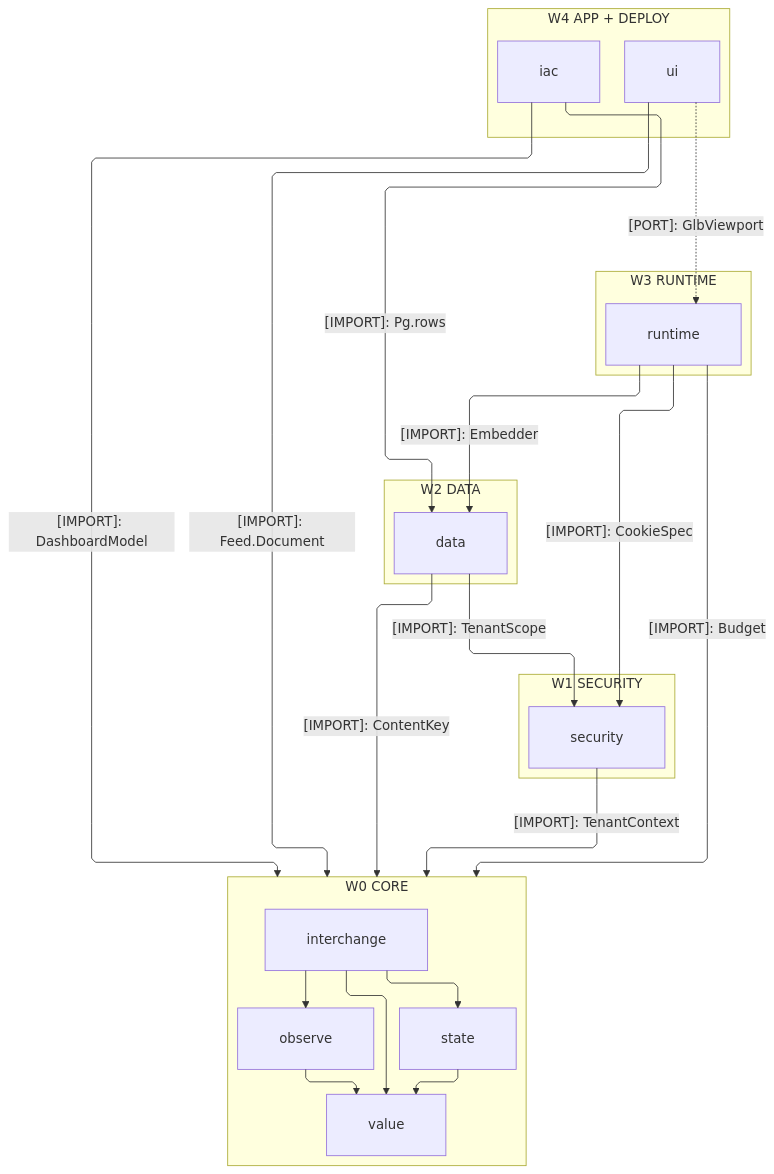
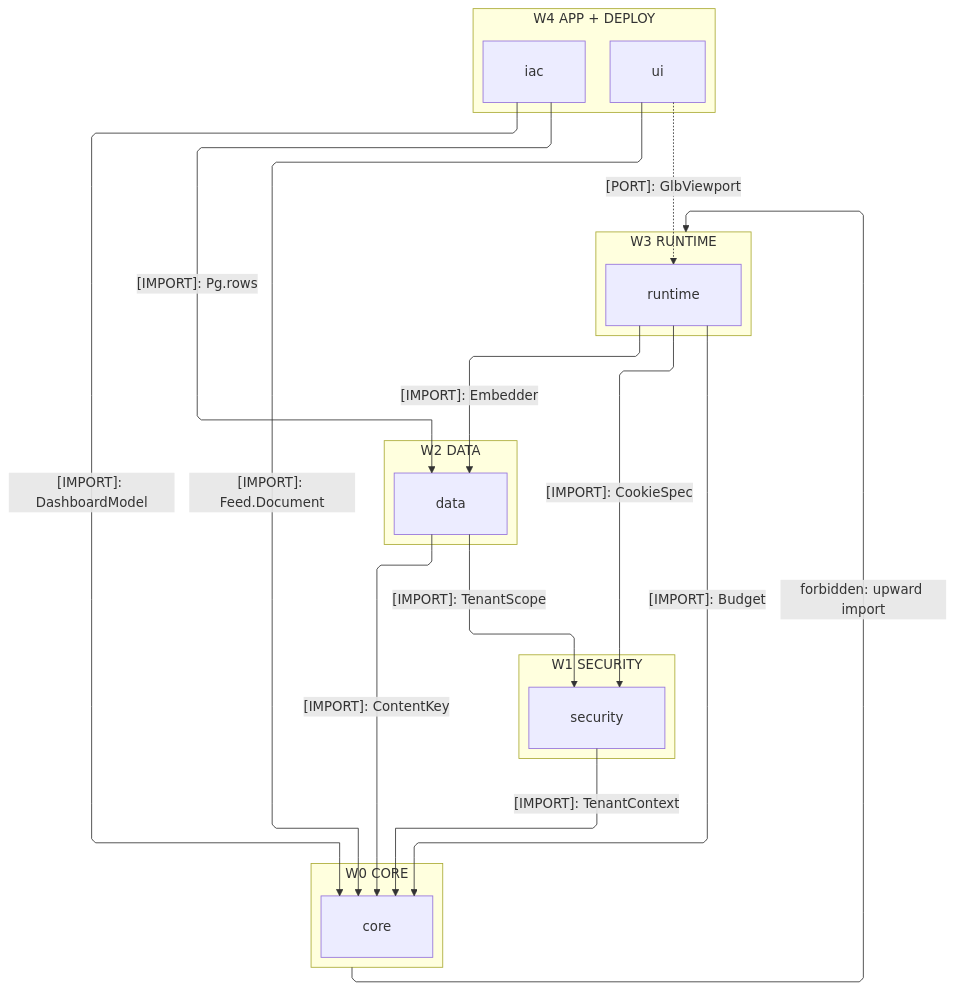
Before and after one commit to bsamiee/Rasm: the first of 4 diagrams in libs/typescript/.planning/ARCHITECTURE.md, drawn with Mermaid. The commit also changed other lines of this file and 124 other files, not shown here.

First line of the commit message:
planning registries: ARCHITECTURE/README/IDEAS/TASKLOG/RULINGS + csproj, campaign-method, CLAUDE.md

````diff
--- a/libs/typescript/.planning/ARCHITECTURE.md
+++ b/libs/typescript/.planning/ARCHITECTURE.md
@@ -27,47 +27,39 @@
 ```mermaid
 ---
 config:
   layout: elk
   flowchart:
     curve: linear
     padding: 25
 ---
 flowchart TB
     accTitle: TypeScript branch import strata
-    accDescr: Five import waves — ui and iac over runtime over data over security onto the core foundation — every wave importing downward only, each labeled import naming one sourced surface, iac composing data and core directly, ui reaching runtime through its dashed GlbViewport port binding rather than an import, and core's interior members state, interchange, and observe composing the value floor with interchange composing all three.
+    accDescr: Five import waves — ui and iac over runtime over data over security onto the core foundation — every wave importing downward only, each labeled import naming one sourced surface, iac composing data and core directly, ui reaching runtime through its dashed GlbViewport port binding rather than an import, and one forbidden upward edge naming the rejected direction.
     subgraph W4["W4 APP + DEPLOY"]
         Ui[ui]
         Iac[iac]
     end
     subgraph W3["W3 RUNTIME"]
         Runtime[runtime]
     end
     subgraph W2["W2 DATA"]
         Data[data]
     end
     subgraph W1["W1 SECURITY"]
         Security[security]
     end
     subgraph W0["W0 CORE"]
-        Value[value]
-        State[state]
-        Interchange[interchange]
-        Observe[observe]
+        Core[core]
     end
     Ui e1@-.->|"[PORT]: GlbViewport"| Runtime
     Iac e2@-->|"[IMPORT]: Pg.rows"| Data
     Runtime e3@-->|"[IMPORT]: CookieSpec"| Security
     Runtime e4@-->|"[IMPORT]: Embedder"| Data
     Data e5@-->|"[IMPORT]: TenantScope"| Security
-    Ui e6@-->|"[IMPORT]: Feed.Document"| W0
-    Iac e7@-->|"[IMPORT]: DashboardModel"| W0
-    Runtime e8@-->|"[IMPORT]: Budget"| W0
-    Data e9@-->|"[IMPORT]: ContentKey"| W0
-    Security e10@-->|"[IMPORT]: TenantContext"| W0
-    Ui ~~~ Runtime
-    State i1@--> Value
-    Interchange i2@--> Value
-    Observe i3@--> Value
-    Interchange i4@--> State
-    Interchange i5@--> Observe
+    Ui e6@-->|"[IMPORT]: Feed.Document"| Core
+    Iac e7@-->|"[IMPORT]: DashboardModel"| Core
+    Runtime e8@-->|"[IMPORT]: Budget"| Core
+    Data e9@-->|"[IMPORT]: ContentKey"| Core
+    Security e10@-->|"[IMPORT]: TenantContext"| Core
+    W0 f1@-->|"forbidden: upward import"| W3
 ```
````
